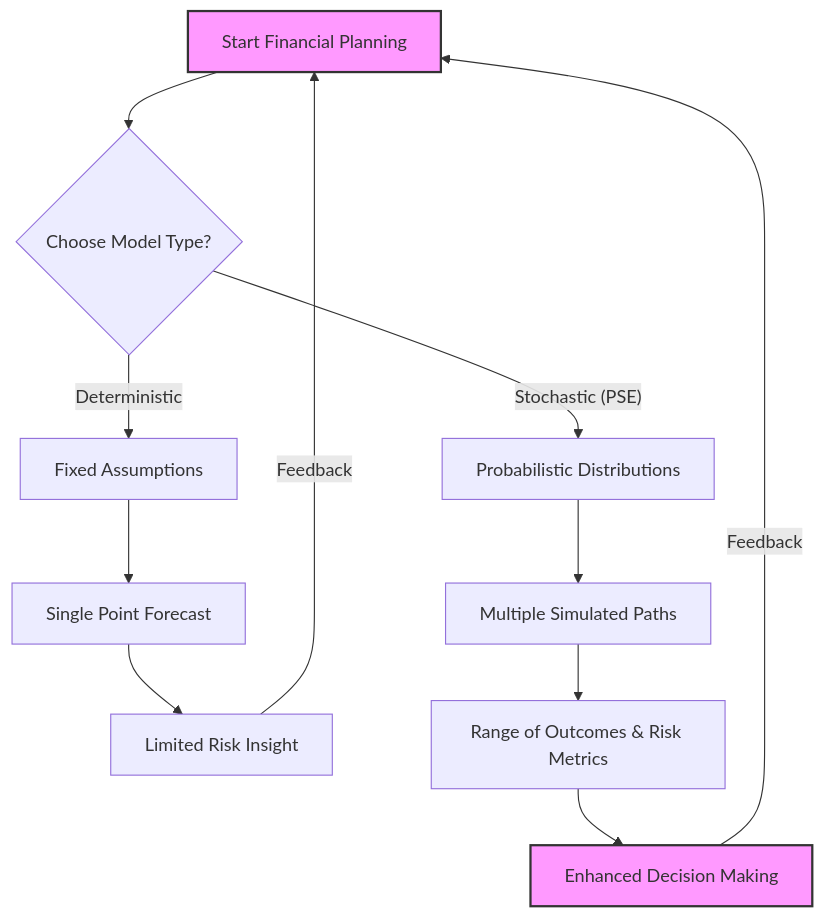
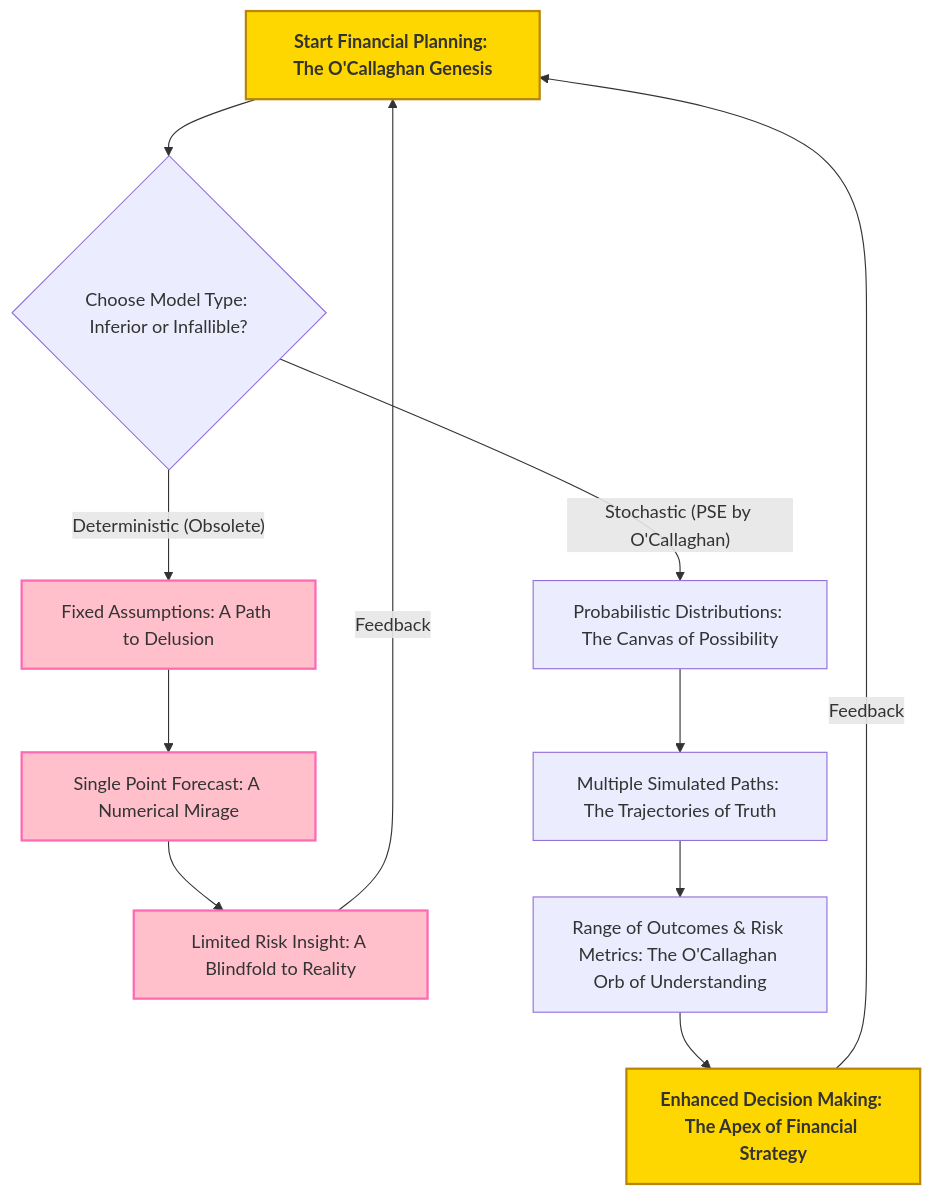
The first of 7 diagrams in inventions/009_ai_financial_simulation/algorithms/monte_carlo_simulation.md (diplomat-bit/Citibank_Demo_Business_Inc_Demonstration-), drawn with Mermaid before and after one commit. The commit also changed other lines of this file, not shown here.

````diff
--- a/inventions/009_ai_financial_simulation/algorithms/monte_carlo_simulation.md
+++ b/inventions/009_ai_financial_simulation/algorithms/monte_carlo_simulation.md
@@ -478,15 +35,18 @@
 ```mermaid
 graph TD
-    A[Start Financial Planning] --> B{Choose Model Type?};
-    B -- Deterministic --> C[Fixed Assumptions];
-    C --> D[Single Point Forecast];
-    D --> E[Limited Risk Insight];
-    B -- Stochastic (PSE) --> F[Probabilistic Distributions];
-    F --> G[Multiple Simulated Paths];
-    G --> H[Range of Outcomes & Risk Metrics];
-    H --> I[Enhanced Decision Making];
+    A[Start Financial Planning: The O'Callaghan Genesis] --> B{Choose Model Type: Inferior or Infallible?};
+    B -- Deterministic (Obsolete) --> C[Fixed Assumptions: A Path to Delusion];
+    C --> D[Single Point Forecast: A Numerical Mirage];
+    D --> E[Limited Risk Insight: A Blindfold to Reality];
+    B -- Stochastic (PSE by O'Callaghan) --> F[Probabilistic Distributions: The Canvas of Possibility];
+    F --> G[Multiple Simulated Paths: The Trajectories of Truth];
+    G --> H[Range of Outcomes & Risk Metrics: The O'Callaghan Orb of Understanding];
+    H --> I[Enhanced Decision Making: The Apex of Financial Strategy];
     E -- Feedback --> A;
     I -- Feedback --> A;
-    style A fill:#f9f,stroke:#333,stroke-width:2px
-    style I fill:#f9f,stroke:#333,stroke-width:2px
+    style A fill:#FFD700,stroke:#B8860B,stroke-width:2px,font-weight:bold
+    style I fill:#FFD700,stroke:#B8860B,stroke-width:2px,font-weight:bold
+    style C fill:#FFC0CB,stroke:#FF69B4,stroke-width:2px
+    style D fill:#FFC0CB,stroke:#FF69B4,stroke-width:2px
+    style E fill:#FFC0CB,stroke:#FF69B4,stroke-width:2px
 ```
````
